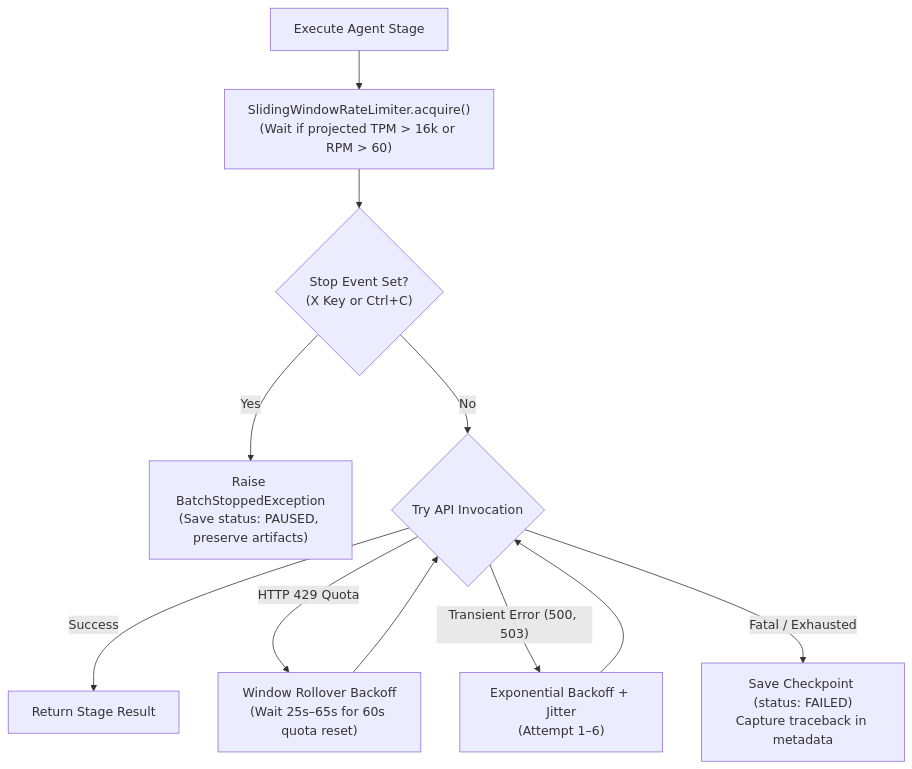
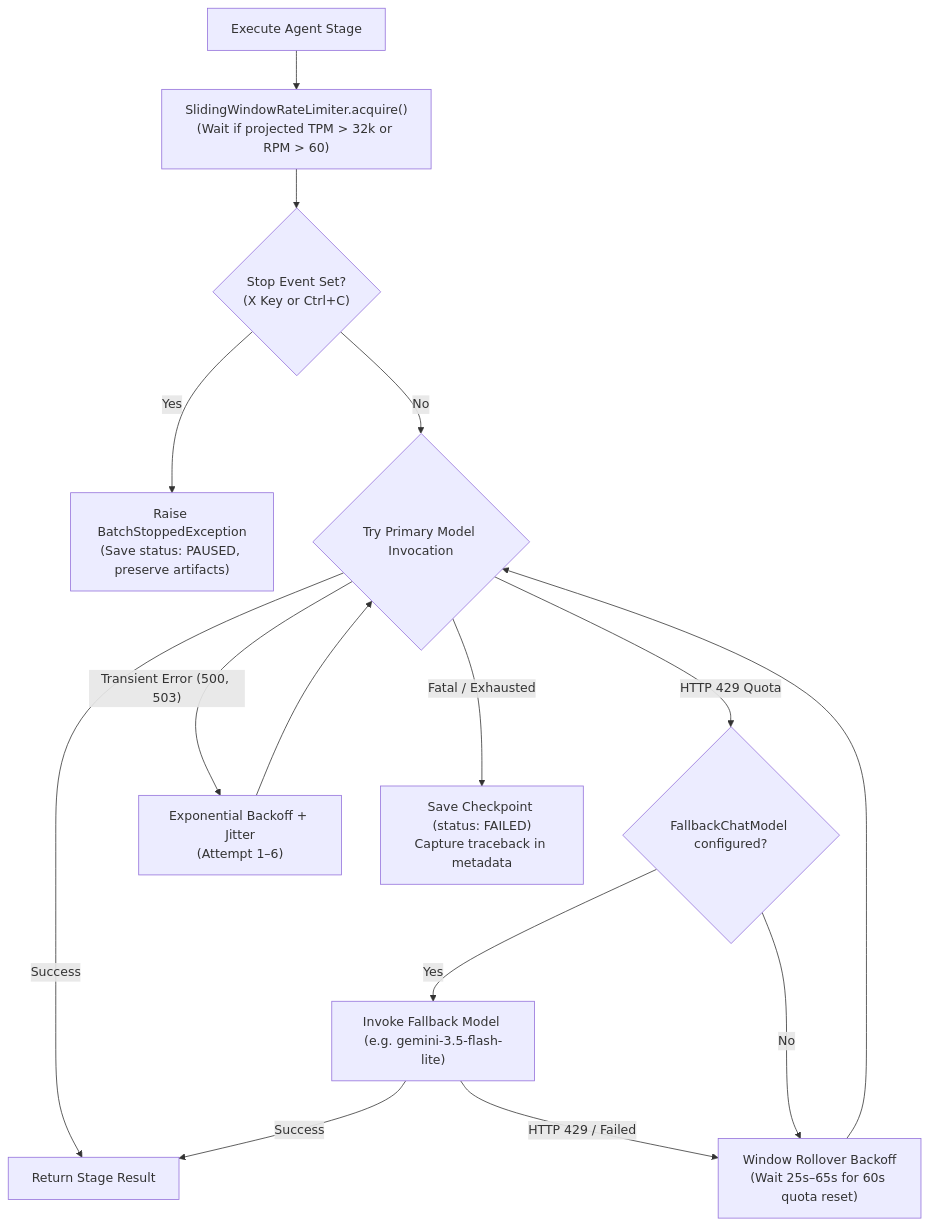
The second of 2 diagrams in doc/architecture.md (Checkmartyr/NouSetsu), drawn with Mermaid before and after one commit. The commit also changed other lines of this file and 8 other files, not shown here.

````diff
--- a/doc/architecture.md
+++ b/doc/architecture.md
@@ -131,16 +137,20 @@
 ```mermaid
 flowchart TD
-    Call["Execute Agent Stage"] --> Limiter["SlidingWindowRateLimiter.acquire()<br/>(Wait if projected TPM > 16k or RPM > 60)"]
+    Call["Execute Agent Stage"] --> Limiter["SlidingWindowRateLimiter.acquire()<br/>(Wait if projected TPM > 32k or RPM > 60)"]
     Limiter --> CheckStop{"Stop Event Set?<br/>(X Key or Ctrl+C)"}
     CheckStop -- Yes --> RaiseStop["Raise BatchStoppedException<br/>(Save status: PAUSED, preserve artifacts)"]
-    CheckStop -- No --> TryCall{"Try API Invocation"}
+    CheckStop -- No --> TryCall{"Try Primary Model Invocation"}
     
     TryCall -- Success --> Return["Return Stage Result"]
-    TryCall -- HTTP 429 Quota --> QuotaWait["Window Rollover Backoff<br/>(Wait 25s–65s for 60s quota reset)"]
+    TryCall -- HTTP 429 Quota --> Fallback{"FallbackChatModel configured?"}
+    Fallback -- Yes --> TryFallback["Invoke Fallback Model (e.g. gemini-3.5-flash-lite)"]
+    TryFallback -- Success --> Return
+    TryFallback -- HTTP 429 / Failed --> QuotaWait["Window Rollover Backoff<br/>(Wait 25s–65s for 60s quota reset)"]
+    Fallback -- No --> QuotaWait
     QuotaWait --> TryCall
     
     TryCall -- Transient Error (500, 503) --> Backoff["Exponential Backoff + Jitter<br/>(Attempt 1–6)"]
     Backoff --> TryCall
     
     TryCall -- Fatal / Exhausted --> SaveFailed["Save Checkpoint (status: FAILED)<br/>Capture traceback in metadata"]
 ```
````
